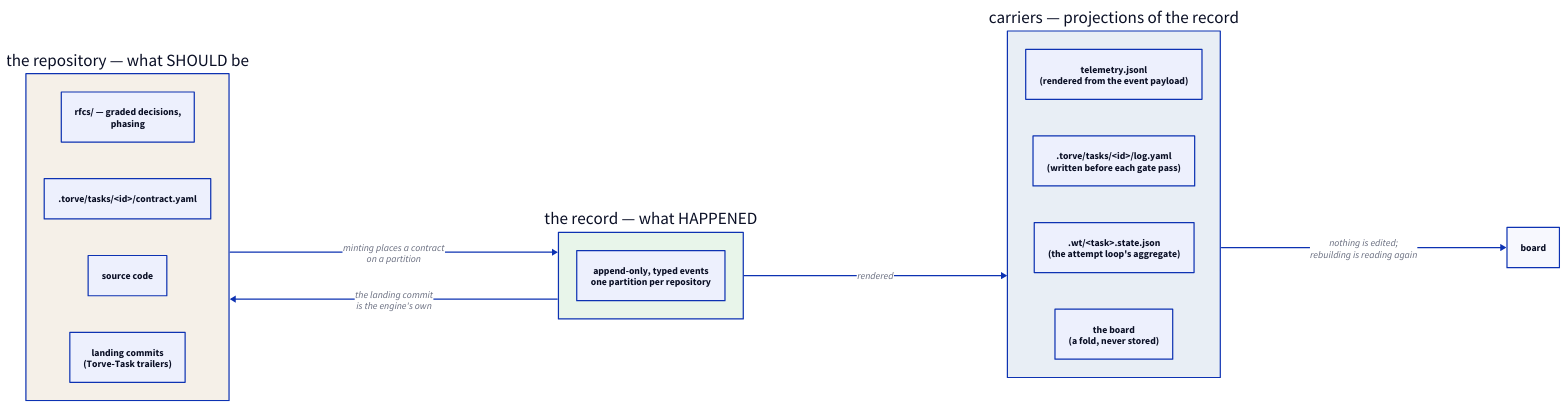
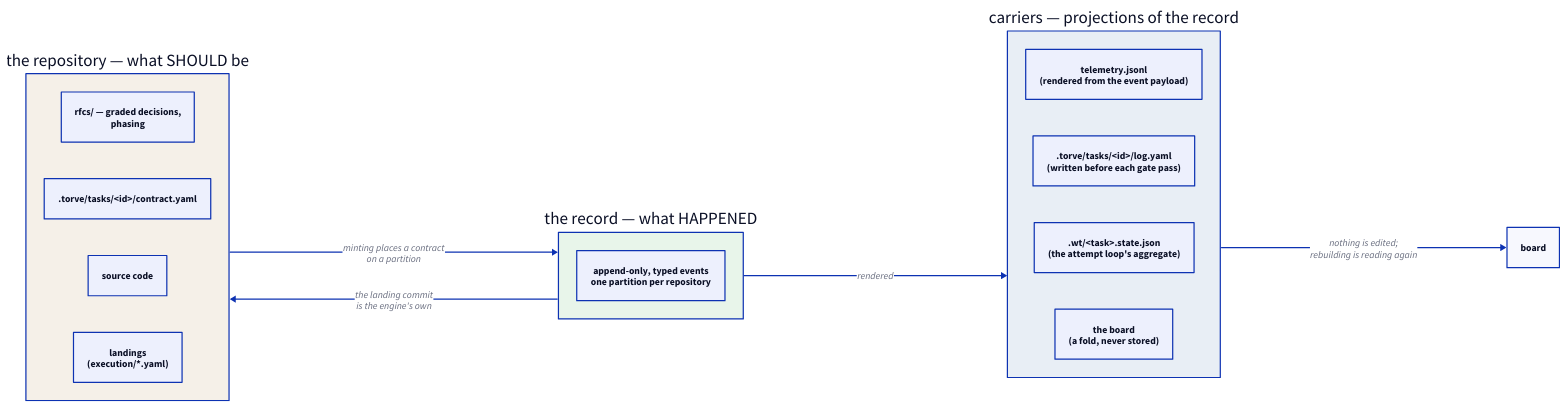
Before and after one commit to morzecrew/torve: the diagram in pages/diagrams/state.d2, drawn with D2. The commit also changed 44 other files, not shown here.

```diff
--- a/pages/diagrams/state.d2
+++ b/pages/diagrams/state.d2
@@ -1,27 +1,27 @@
 direction: right
 
 repo: "the repository — what SHOULD be" {
   style.fill: "#f5f0e8"
   rfcs: "rfcs/ — graded decisions,\nphasing"
   contracts: ".torve/tasks/<id>/contract.yaml"
   source: "source code"
-  landings: "landing commits\n(Torve-Task trailers)"
+  landings: "landings\n(execution/*.yaml)"
 }
 
 record: "the record — what HAPPENED" {
   style.fill: "#e8f5ea"
   events: "append-only, typed events\none partition per repository"
 }
 
 carriers: "carriers — projections of the record" {
   style.fill: "#e8eef5"
   telemetry: "telemetry.jsonl\n(rendered from the event payload)"
   log: ".torve/tasks/<id>/log.yaml\n(written before each gate pass)"
   state: ".wt/<task>.state.json\n(the attempt loop's aggregate)"
   board: "the board\n(a fold, never stored)"
 }
 
 repo -> record: "minting places a contract\non a partition"
 record -> carriers: "rendered"
 record -> repo: "the landing commit\nis the engine's own"
 carriers -> board: "nothing is edited;\nrebuilding is reading again"
```
